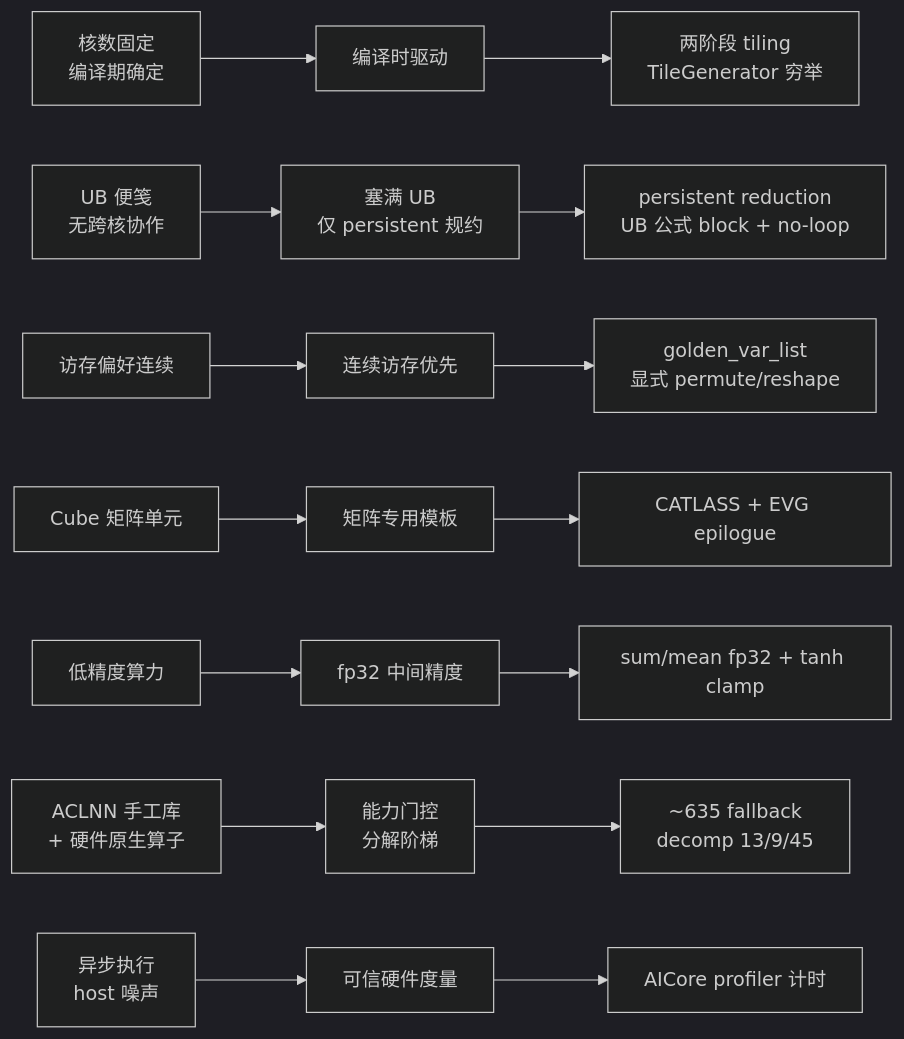
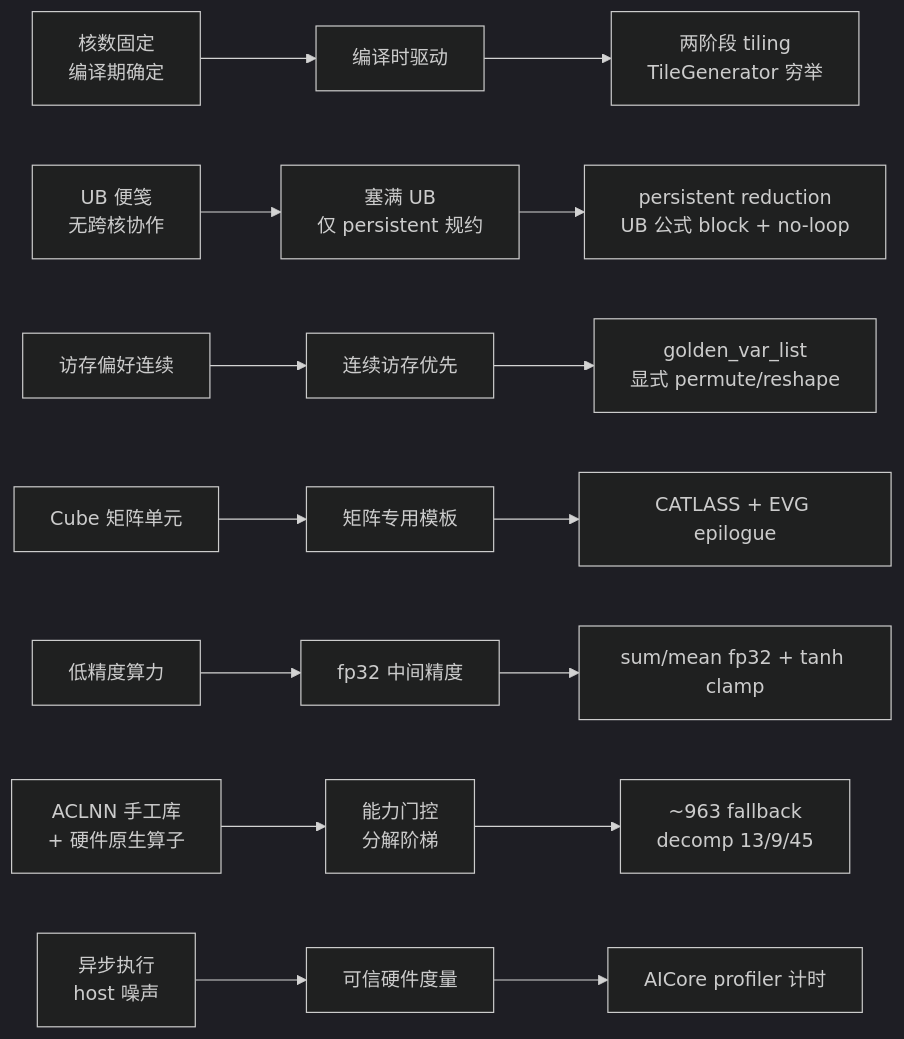
Before and after one commit to suhaibo666/llm-knowledge: the second of 2 diagrams in wiki/02_engineering/01_ai_frameworks/04_inductor/npu/npu_inductor_optimization_analysis.md, drawn with Mermaid (dark theme). The commit also changed other lines of this file and 24 other files, not shown here.

````diff
--- a/wiki/02_engineering/01_ai_frameworks/04_inductor/npu/npu_inductor_optimization_analysis.md
+++ b/wiki/02_engineering/01_ai_frameworks/04_inductor/npu/npu_inductor_optimization_analysis.md
@@ -57,10 +57,10 @@
 ```mermaid
 flowchart LR
     H1["核数固定<br/>编译期确定"] --> I1["编译时驱动"] --> C1["两阶段 tiling<br/>TileGenerator 穷举"]
     H2["UB 便笺<br/>无跨核协作"] --> I2["塞满 UB<br/>仅 persistent 规约"] --> C2["persistent reduction<br/>UB 公式 block + no-loop"]
     H3["访存偏好连续"] --> I3["连续访存优先"] --> C3["golden_var_list<br/>显式 permute/reshape"]
     H4["Cube 矩阵单元"] --> I4["矩阵专用模板"] --> C4["CATLASS + EVG epilogue"]
     H5["低精度算力"] --> I5["fp32 中间精度"] --> C5["sum/mean fp32 + tanh clamp"]
-    H6["ACLNN 手工库<br/>+ 硬件原生算子"] --> I6["能力门控<br/>分解阶梯"] --> C6["~635 fallback<br/>decomp 13/9/45"]
+    H6["ACLNN 手工库<br/>+ 硬件原生算子"] --> I6["能力门控<br/>分解阶梯"] --> C6["~963 fallback<br/>decomp 13/9/45"]
     H7["异步执行<br/>host 噪声"] --> I7["可信硬件度量"] --> C7["AICore profiler 计时"]
 ```
````
